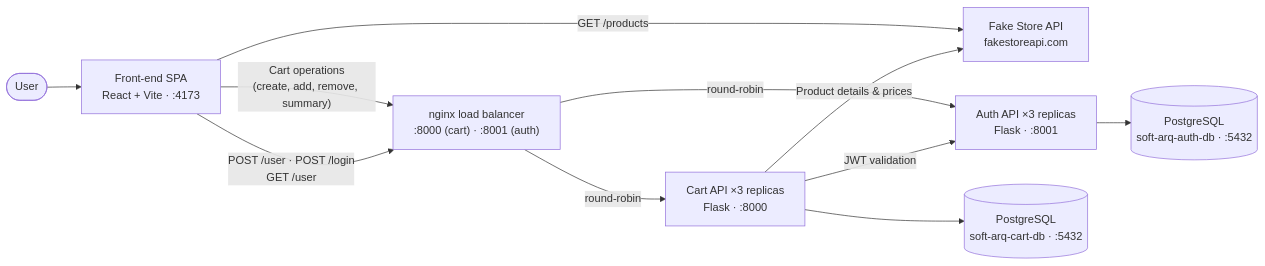
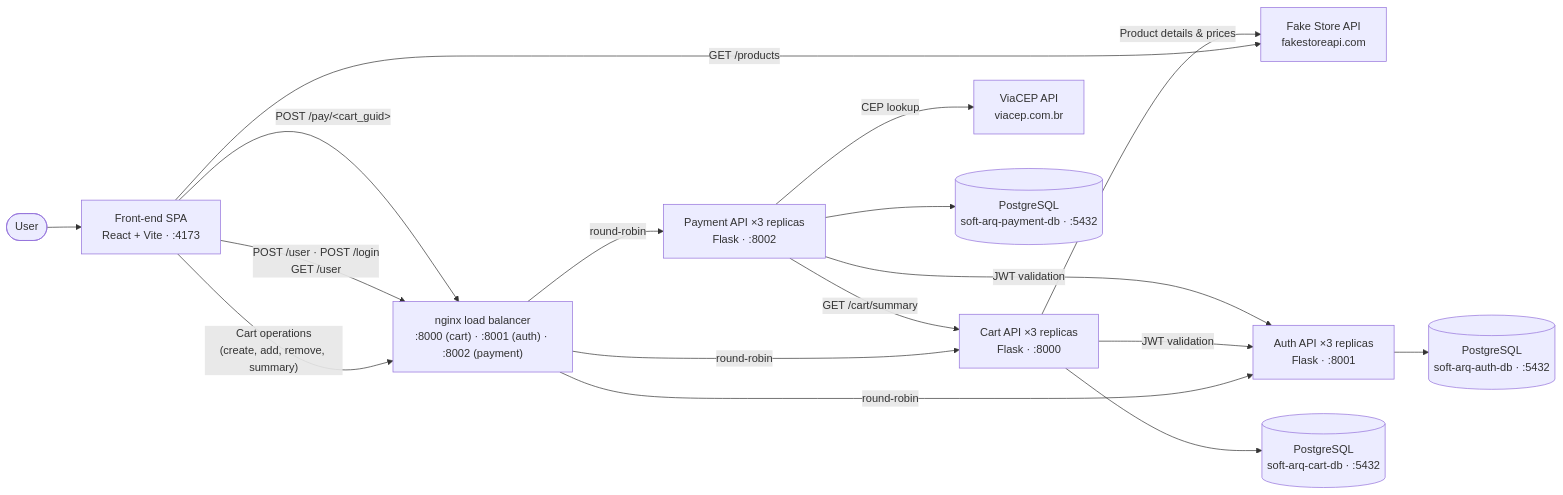
The diagram in readme.md (ommeirelles/puc-arq-soft-cart), drawn with Mermaid before and after one commit. The commit also changed other lines of this file and 26 other files, not shown here.

Commit message:
feat: payment API with cart close route and session fixes

````diff
--- a/readme.md
+++ b/readme.md
@@ -33,13 +38,19 @@
 ```mermaid
 flowchart LR
     User([User]) --> FE["Front-end SPA<br/>React + Vite · :4173"]
     FE -->|"GET /products"| FSA["Fake Store API<br/>fakestoreapi.com"]
-    FE -->|"Cart operations<br/>(create, add, remove, summary)"| LB["nginx load balancer<br/>:8000 (cart) · :8001 (auth)"]
+    FE -->|"Cart operations<br/>(create, add, remove, summary)"| LB["nginx load balancer<br/>:8000 (cart) · :8001 (auth) · :8002 (payment)"]
     FE -->|"POST /user · POST /login<br/>GET /user"| LB
+    FE -->|"POST /pay/&lt;cart_guid&gt;"| LB
     LB -->|"round-robin"| CART["Cart API ×3 replicas<br/>Flask · :8000"]
     LB -->|"round-robin"| AUTH["Auth API ×3 replicas<br/>Flask · :8001"]
+    LB -->|"round-robin"| PAY["Payment API ×3 replicas<br/>Flask · :8002"]
     CART -->|"Product details & prices"| FSA
     CART -->|"JWT validation"| AUTH
+    PAY -->|"JWT validation"| AUTH
+    PAY -->|"GET /cart/summary"| CART
+    PAY -->|"CEP lookup"| VIA["ViaCEP API<br/>viacep.com.br"]
     CART --> CARTDB[("PostgreSQL<br/>soft-arq-cart-db · :5432")]
     AUTH --> AUTHDB[("PostgreSQL<br/>soft-arq-auth-db · :5432")]
+    PAY --> PAYDB[("PostgreSQL<br/>soft-arq-payment-db · :5432")]
 ```
````
